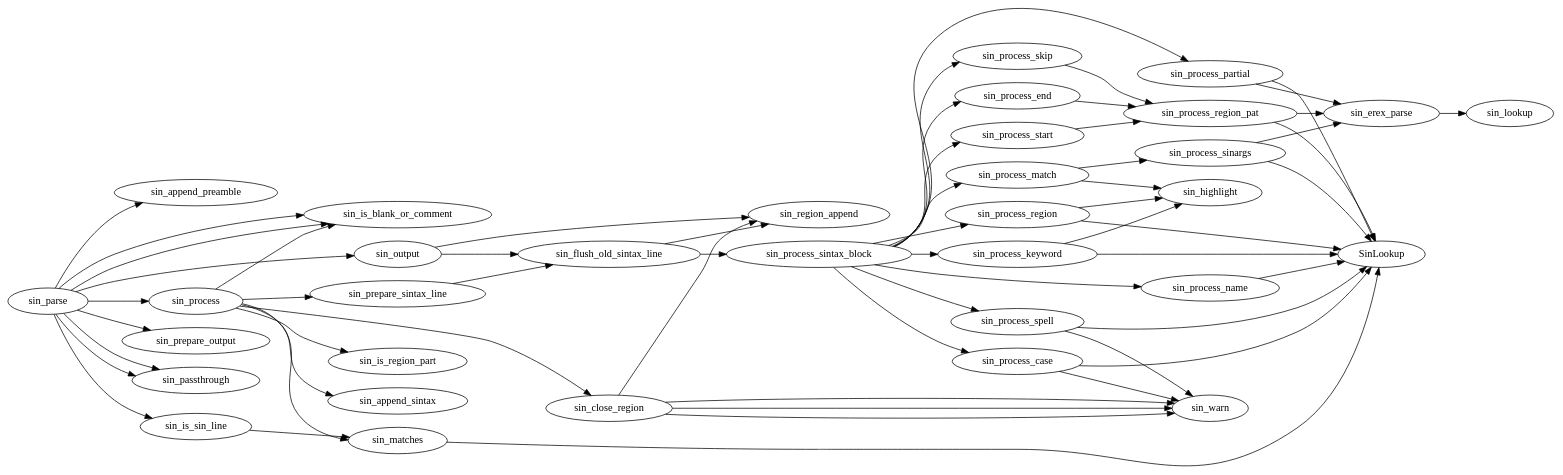
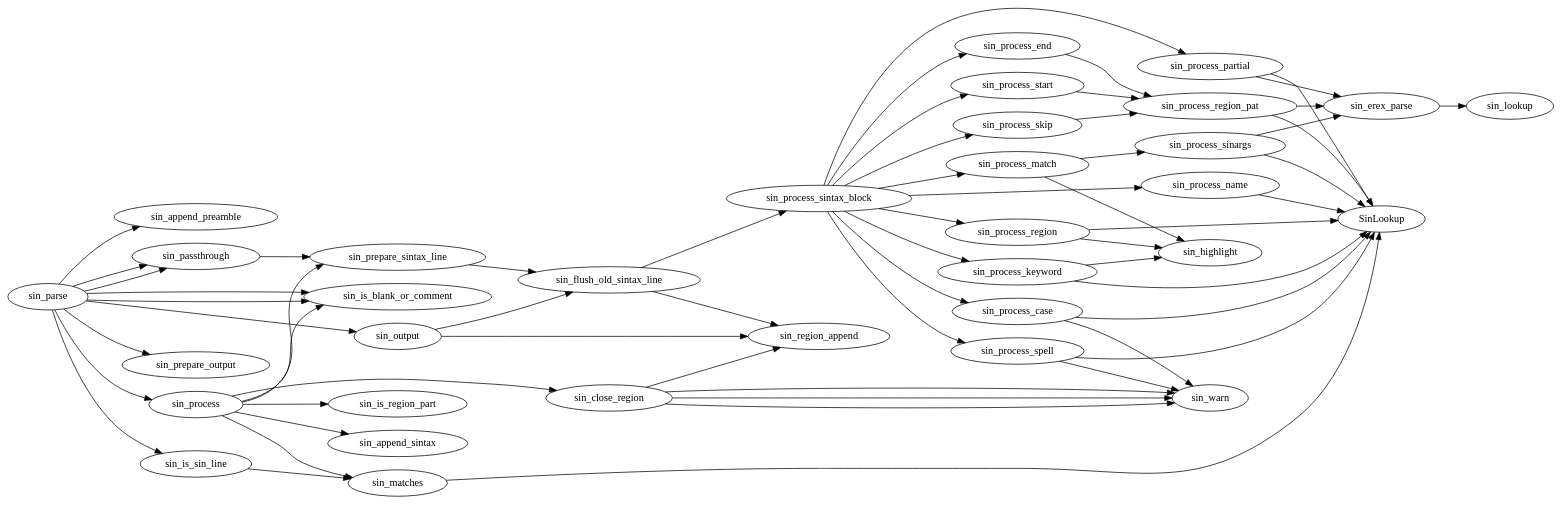
Before and after one commit to dahu/SinTax: the diagram in sintax.dot, drawn with Graphviz.

Commit message:
Add missing call.

```diff
--- a/sintax.dot
+++ b/sintax.dot
@@ -1,71 +1,71 @@
 digraph S {
   rankdir=LR
     SinLookup ;
     sin_append_sintax ;
     sin_append_preamble ;
     sin_close_region           ->  sin_warn;
     sin_close_region           ->  sin_warn;
     sin_close_region           ->  sin_warn;
     sin_close_region           ->  sin_region_append;
     sin_erex_parse             ->  sin_lookup;
     sin_flush_old_sintax_line  ->  sin_process_sintax_block;
     sin_flush_old_sintax_line  ->  sin_region_append;
     sin_highlight ;
     sin_is_blank_or_comment ;
     sin_is_region_part ;
     sin_is_sin_line            ->  sin_matches;
     sin_lookup ;
     sin_matches                ->  SinLookup;
     sin_output                 ->  sin_flush_old_sintax_line;
     sin_output                 ->  sin_region_append;
     sin_parse                  ->  sin_prepare_output;
     sin_parse                  ->  sin_is_blank_or_comment;
     sin_parse                  ->  sin_passthrough;
     sin_parse                  ->  sin_append_preamble;
     sin_parse                  ->  sin_is_blank_or_comment;
     sin_parse                  ->  sin_is_sin_line;
     sin_parse                  ->  sin_passthrough;
     sin_parse                  ->  sin_process;
     sin_parse                  ->  sin_output;
-    sin_passthrough ;
+    sin_passthrough            ->  sin_prepare_sintax_line;
     sin_prepare_output ;
     sin_prepare_sintax_line    ->  sin_flush_old_sintax_line;
     sin_process                ->  sin_prepare_sintax_line;
     sin_process                ->  sin_is_region_part;
     sin_process                ->  sin_close_region;
     sin_process                ->  sin_matches;
     sin_process                ->  sin_is_blank_or_comment;
     sin_process                ->  sin_append_sintax;
     sin_process_case           ->  SinLookup;
     sin_process_case           ->  sin_warn;
     sin_process_end            ->  sin_process_region_pat;
     sin_process_keyword        ->  SinLookup;
     sin_process_keyword        ->  sin_highlight;
     sin_process_match          ->  sin_process_sinargs;
     sin_process_match          ->  sin_highlight;
     sin_process_name           ->  SinLookup;
     sin_process_partial        ->  SinLookup;
     sin_process_partial        ->  sin_erex_parse;
     sin_process_region         ->  SinLookup;
     sin_process_region         ->  sin_highlight;
     sin_process_region_pat     ->  SinLookup;
     sin_process_region_pat     ->  sin_erex_parse;
     sin_process_sinargs        ->  SinLookup;
     sin_process_sinargs        ->  sin_erex_parse;
     sin_process_sintax_block   ->  sin_process_name;
     sin_process_sintax_block   ->  sin_process_case;
     sin_process_sintax_block   ->  sin_process_spell;
     sin_process_sintax_block   ->  sin_process_keyword;
     sin_process_sintax_block   ->  sin_process_partial;
     sin_process_sintax_block   ->  sin_process_match;
     sin_process_sintax_block   ->  sin_process_region;
     sin_process_sintax_block   ->  sin_process_start;
     sin_process_sintax_block   ->  sin_process_skip;
     sin_process_sintax_block   ->  sin_process_end;
     sin_process_skip           ->  sin_process_region_pat;
     sin_process_spell          ->  SinLookup;
     sin_process_spell          ->  sin_warn;
     sin_process_start          ->  sin_process_region_pat;
     sin_region_append ;
     sin_warn ;
     }
```
